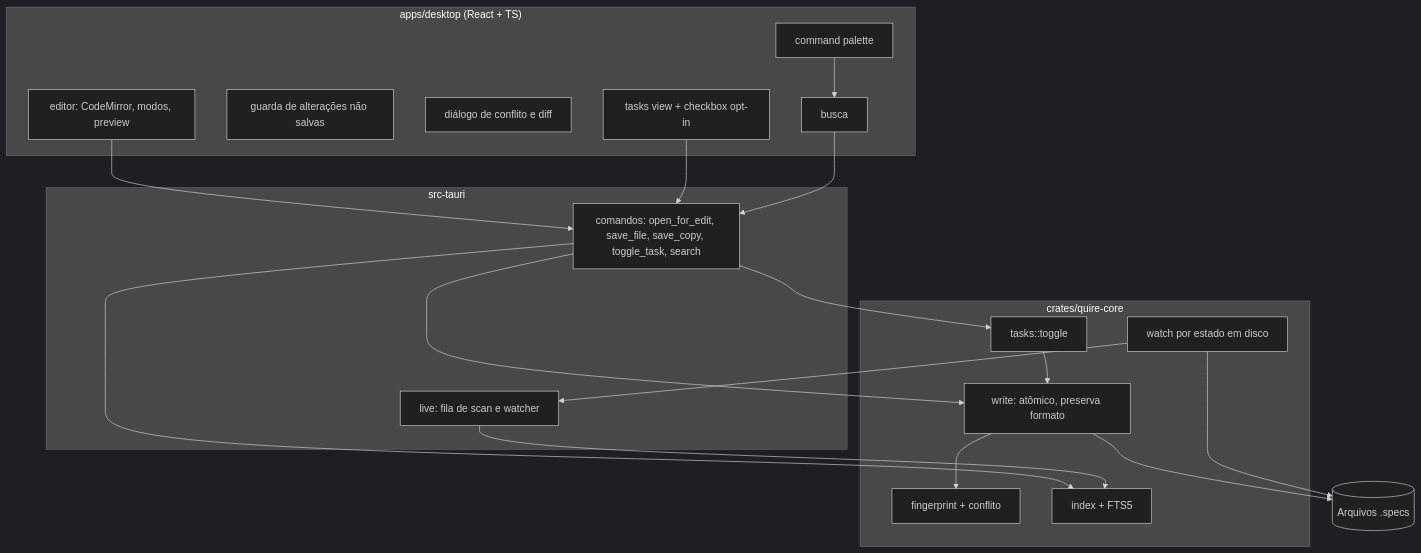
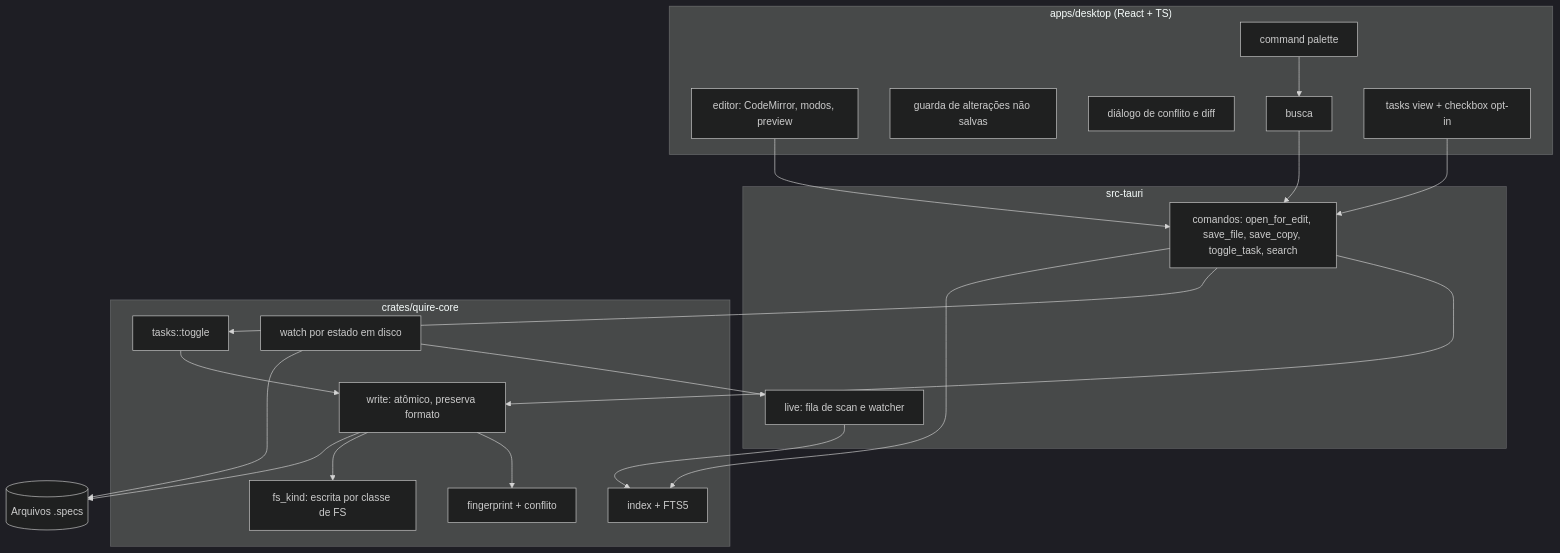
Before and after one commit to dev-rafaelmachado/quire: the diagram in .specs/features/quire-v0-2/design.md, drawn with Mermaid (dark theme). The commit also changed other lines of this file and 3 other files, not shown here.

````diff
--- a/.specs/features/quire-v0-2/design.md
+++ b/.specs/features/quire-v0-2/design.md
@@ -39,35 +55,37 @@
 ```mermaid
 graph TD
     subgraph UI["apps/desktop (React + TS)"]
       ED[editor: CodeMirror, modos, preview]
       GU[guarda de alterações não salvas]
       CF[diálogo de conflito e diff]
       SR[busca]
       PA[command palette]
       TV[tasks view + checkbox opt-in]
     end
     subgraph Shell["src-tauri"]
       CMD[comandos: open_for_edit, save_file, save_copy, toggle_task, search]
       LV[live: fila de scan e watcher]
     end
     subgraph Core["crates/quire-core"]
       WR[write: atômico, preserva formato]
+      FK[fs_kind: escrita por classe de FS]
       FP[fingerprint + conflito]
       TT[tasks::toggle]
       IX[index + FTS5]
       WT[watch por estado em disco]
     end
     ED --> CMD
     TV --> CMD
     SR --> CMD
     PA --> SR
     CMD --> WR
     CMD --> TT
     TT --> WR
     WR --> FP
+    WR --> FK
     CMD --> IX
     WT --> LV
     LV --> IX
     WR --> FS[(Arquivos .specs)]
     WT --> FS
 ```
````
